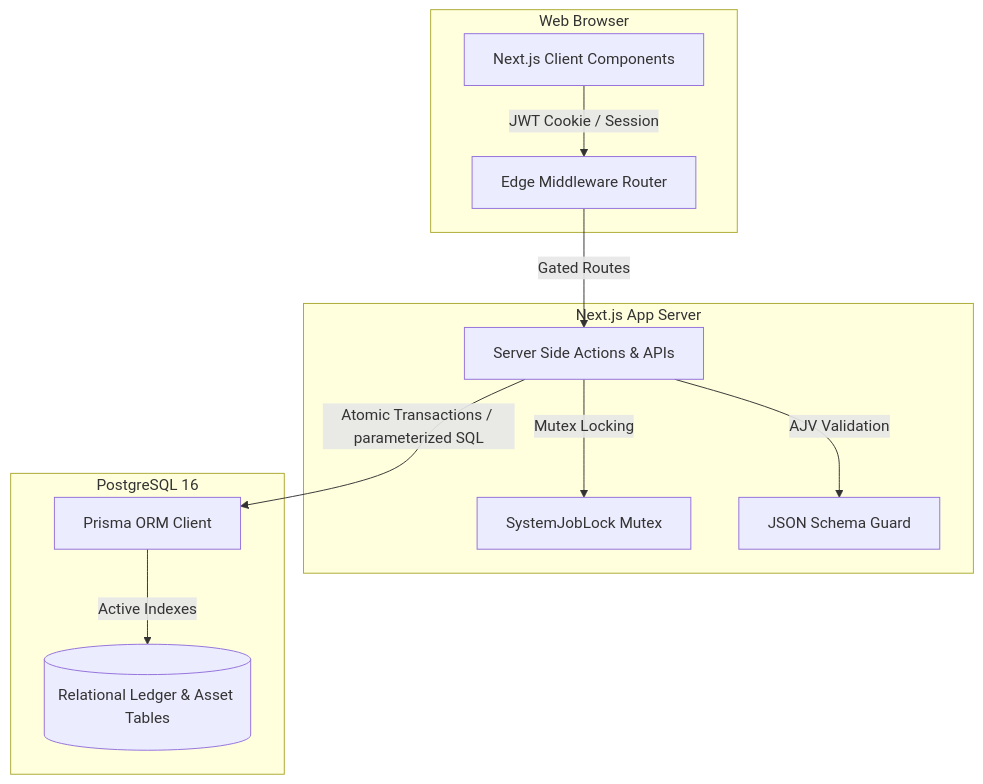
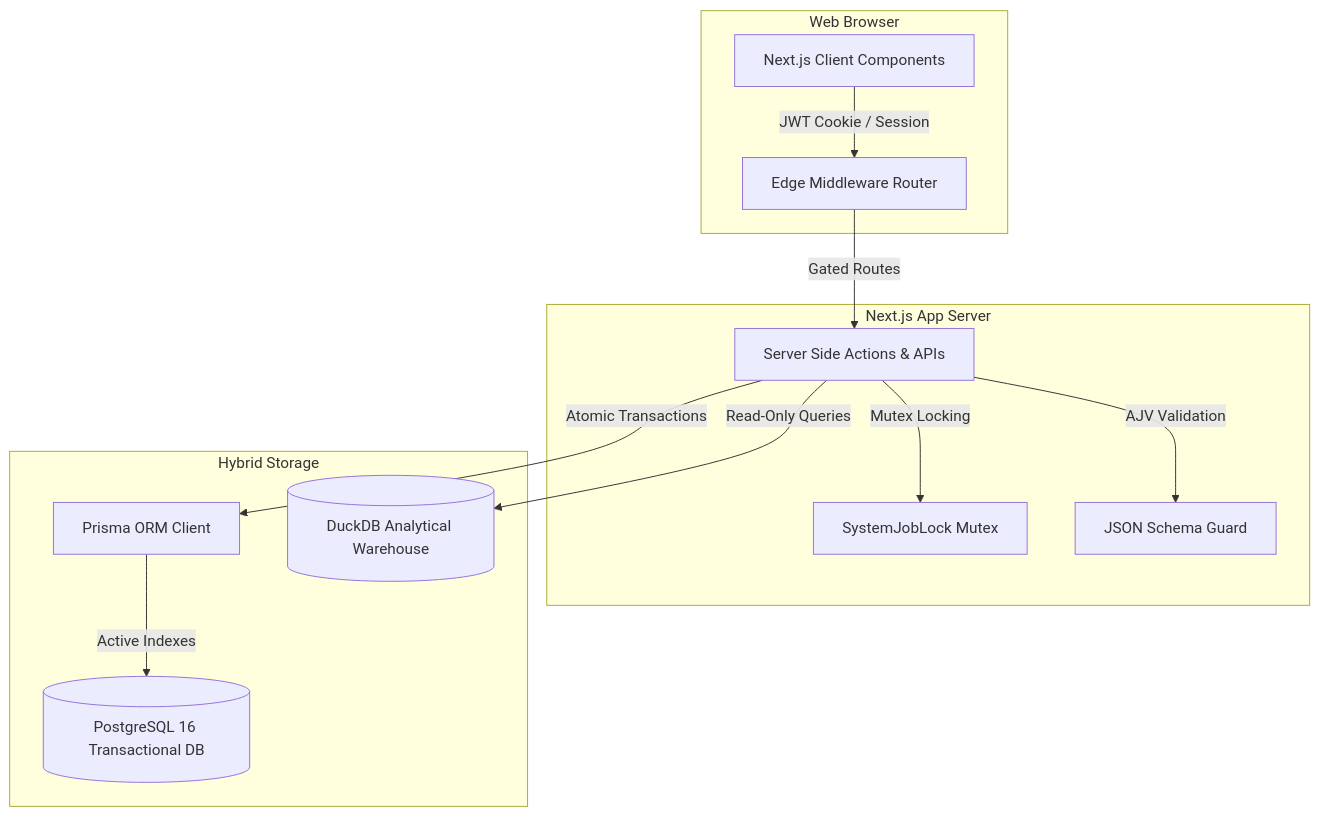
One commit to coreychappell-debug/Stochos changed the diagram in stochos-platform/TECHNICAL_ARCHITECTURE.md. Above: the diagram before and after it, drawn with Mermaid. The commit also changed other lines of this file, not shown here.

Commit message:
docs: Refine TECHNICAL_ARCHITECTURE.md with enterprise controls, data architecture, and maturity table

````diff
--- a/stochos-platform/TECHNICAL_ARCHITECTURE.md
+++ b/stochos-platform/TECHNICAL_ARCHITECTURE.md
@@ -21,17 +21,18 @@
 ```mermaid
 graph TD
     subgraph Client Layer [Web Browser]
         A[Next.js Client Components] -->|JWT Cookie / Session| B[Edge Middleware Router]
     end
 
     subgraph Platform Layer [Next.js App Server]
         B -->|Gated Routes| C[Server Side Actions & APIs]
         C -->|Mutex Locking| D[SystemJobLock Mutex]
         C -->|AJV Validation| E[JSON Schema Guard]
     end
 
-    subgraph Database Layer [PostgreSQL 16]
-        C -->|Atomic Transactions / parameterized SQL| F[Prisma ORM Client]
-        F -->|Active Indexes| G[(Relational Ledger & Asset Tables)]
+    subgraph Data & Analytics Layer [Hybrid Storage]
+        C -->|Atomic Transactions| F[Prisma ORM Client]
+        F -->|Active Indexes| G[(PostgreSQL 16 Transactional DB)]
+        C -->|Read-Only Queries| H[(DuckDB Analytical Warehouse)]
     end
 ```
````
